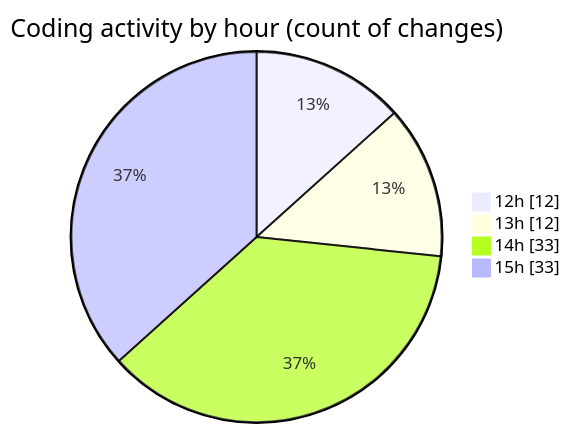
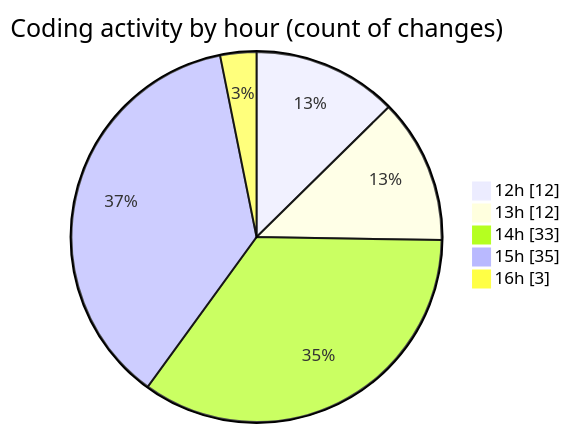
One commit to momahboobian/code-tracking changed the second of 2 diagrams in 2025-09-24/cda/README.md. Above: the diagram before and after it, drawn with Mermaid. The commit also changed other lines of this file and 1 other file, not shown here.

````diff
--- a/2025-09-24/cda/README.md
+++ b/2025-09-24/cda/README.md
@@ -38,8 +38,9 @@
 ```mermaid
 pie showData
 title Coding activity by hour (count of changes)
 "12h" : 12
 "13h" : 12
 "14h" : 33
-"15h" : 33
+"15h" : 35
+"16h" : 3
 ```
````
